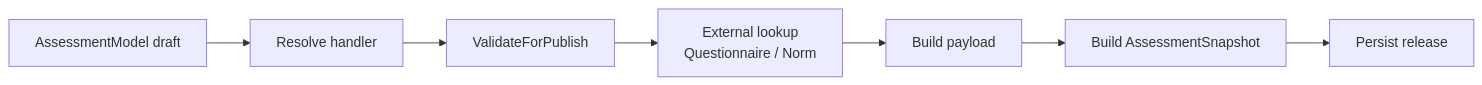
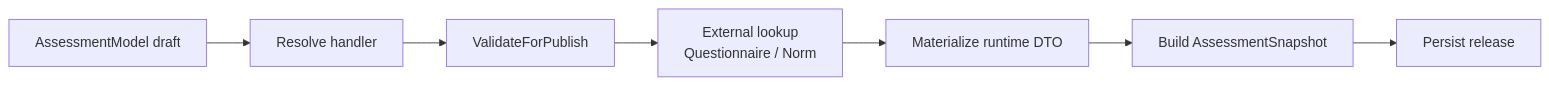
Before and after one commit to FangcunMount/qs-server: the second of 3 diagrams in docs/02-业务模块/20-model-catalog/20-核心设计-DefinitionV2与模型扩展.md, drawn with Mermaid. The commit also changed other lines of this file and 437 other files, not shown here.

Commit message:
refactor(model): 收尾 MC-R017/MC-R018 在 ModelCatalog → Evaluation → Outcome 链路中的兼容债务： 不迁移、回填旧 Assessment 或旧 ModelCatalog 数据； 删除不符合新契约的数据后重新导入、发布； 不保留 v1 快照、旧 payload、旧格式 decoder、运行时 fallback； 内部仍可由 DefinitionV2 投影临时计算 DTO，但不得持久化或暴露 compatibility payload。

````diff
--- a/docs/02-业务模块/20-model-catalog/20-核心设计-DefinitionV2与模型扩展.md
+++ b/docs/02-业务模块/20-model-catalog/20-核心设计-DefinitionV2与模型扩展.md
@@ -421,14 +403,14 @@
 ```mermaid
 flowchart LR
     D["AssessmentModel draft"]
     R["Resolve handler"]
     P["ValidateForPublish"]
     X["External lookup<br/>Questionnaire / Norm"]
-    B["Build payload"]
+    B["Materialize runtime DTO"]
     S["Build AssessmentSnapshot"]
     W["Persist release"]
 
     D --> R --> P
     P --> X
     X --> B --> S --> W
 ```
````
